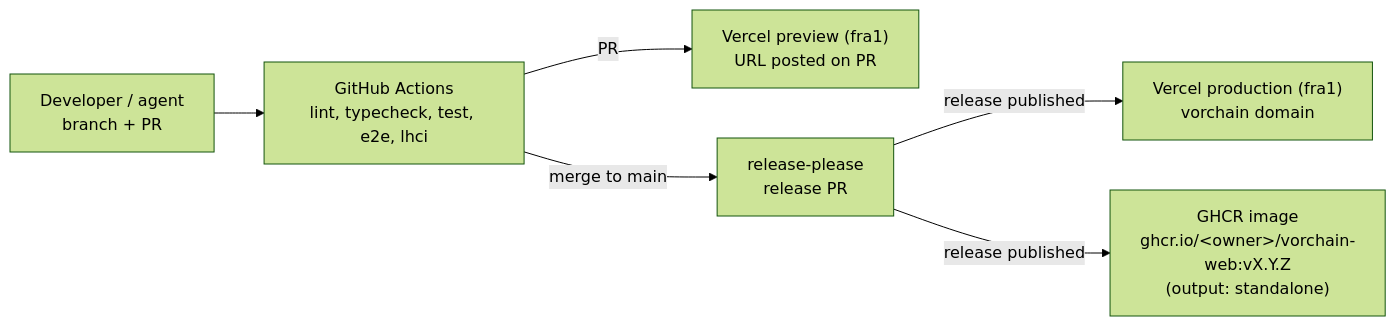
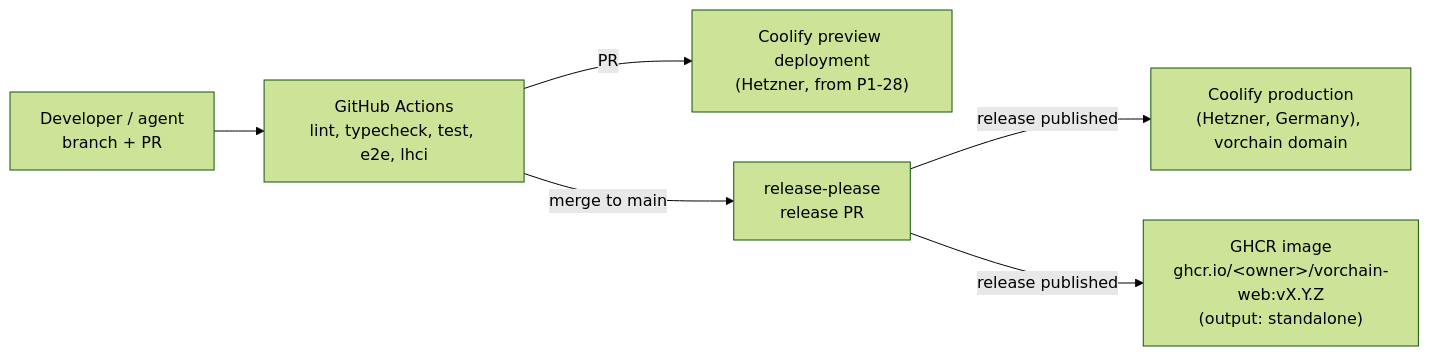
Before and after one commit to Sodabeh-Taherpanah/vorchain_project: the tenth of 10 diagrams in docs/architecture/README.md, drawn with Mermaid (forest theme). The commit also changed other lines of this file and 15 other files, not shown here.

First line of the commit message:
ci: make the site deploy-ready for hetzner and coolify, add release-please (#22)

````diff
--- a/docs/architecture/README.md
+++ b/docs/architecture/README.md
@@ -382,8 +382,8 @@
 ```mermaid
 flowchart LR
   dev["Developer / agent<br/>branch + PR"] --> gha["GitHub Actions<br/>lint, typecheck, test, e2e, lhci"]
-  gha -- "PR" --> preview["Vercel preview (fra1)<br/>URL posted on PR"]
+  gha -- "PR" --> preview["Coolify preview deployment<br/>(Hetzner, from P1-28)"]
   gha -- "merge to main" --> rp["release-please<br/>release PR"]
-  rp -- "release published" --> prod["Vercel production (fra1)<br/>vorchain domain"]
+  rp -- "release published" --> prod["Coolify production<br/>(Hetzner, Germany), vorchain domain"]
   rp -- "release published" --> ghcr["GHCR image<br/>ghcr.io/&lt;owner&gt;/vorchain-web:vX.Y.Z<br/>(output: standalone)"]
 ```
````
